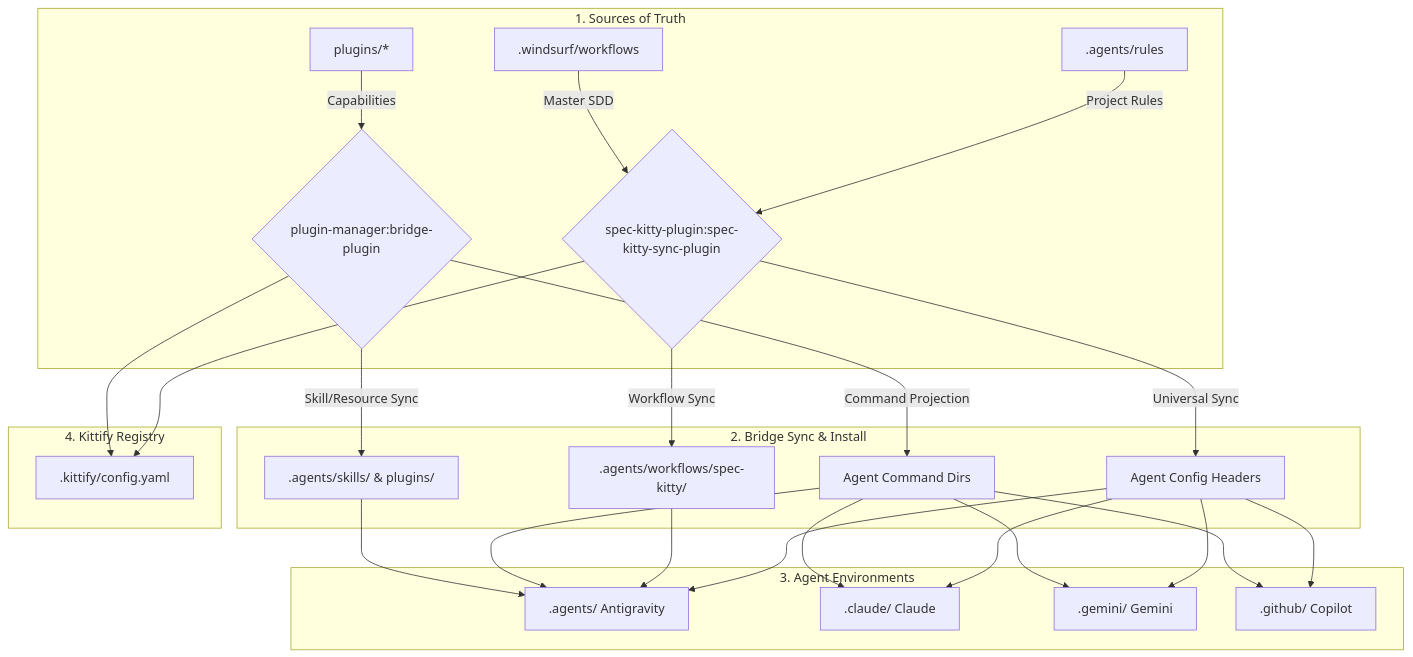
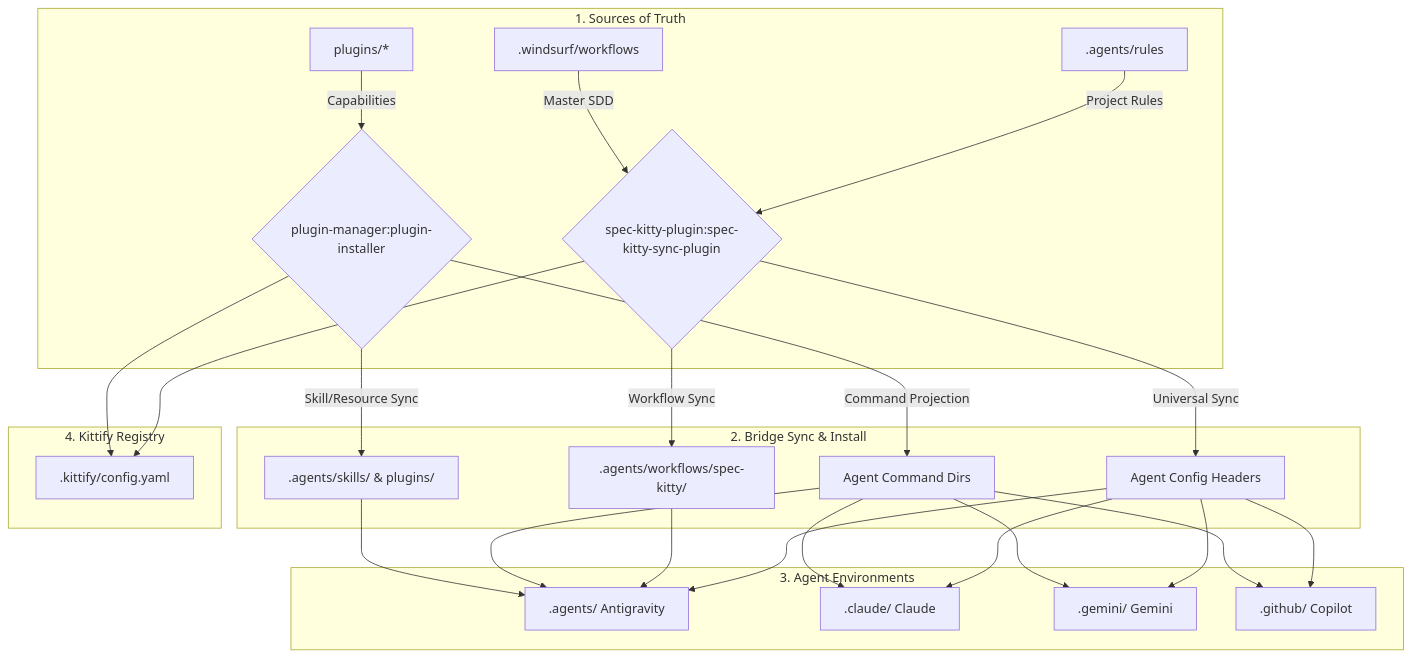
Before and after one commit to richfrem/agent-plugins-skills: the diagram in plugins/spec-kitty-plugin/assets/diagrams/bridge_process.mmd, drawn with Mermaid. The commit also changed 54 other files, not shown here.

Commit message:
renamed bridge-plugin to plugin-installer

```diff
--- a/plugins/spec-kitty-plugin/assets/diagrams/bridge_process.mmd
+++ b/plugins/spec-kitty-plugin/assets/diagrams/bridge_process.mmd
@@ -1,25 +1,25 @@
 flowchart TD
     subgraph Sources [1. Sources of Truth]
         A[.agents/rules] -->|Project Rules| B{"spec-kitty-plugin:spec-kitty-sync-plugin"}
         W[.windsurf/workflows] -->|Master SDD| B
-        P[plugins/*] -->|Capabilities| C{"plugin-manager:bridge-plugin"}
+        P[plugins/*] -->|Capabilities| C{"plugin-manager:plugin-installer"}
     end
 
     subgraph Sync [2. Bridge Sync & Install]
         B -->|Universal Sync| D[Agent Config Headers]
         B -->|Workflow Sync| E[.agents/workflows/spec-kitty/]
         
         C -->|Command Projection| F[Agent Command Dirs]
         C -->|Skill/Resource Sync| G[.agents/skills/ & plugins/]
     end
 
     subgraph Targets [3. Agent Environments]
         D & E & F & G --> H[.agents/ Antigravity]
         D & F --> I[.claude/ Claude]
         D & F --> J[.gemini/ Gemini]
         D & F --> K[.github/ Copilot]
     end
 
     subgraph Registry [4. Kittify Registry]
         B & C --> L[.kittify/config.yaml]
     end
```
